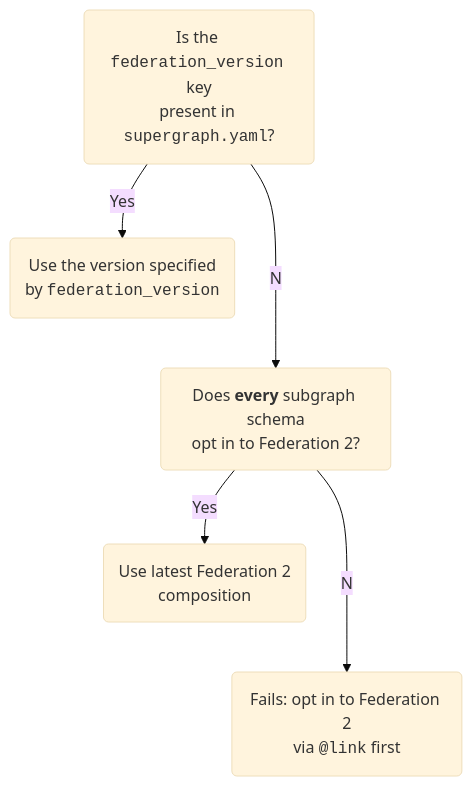
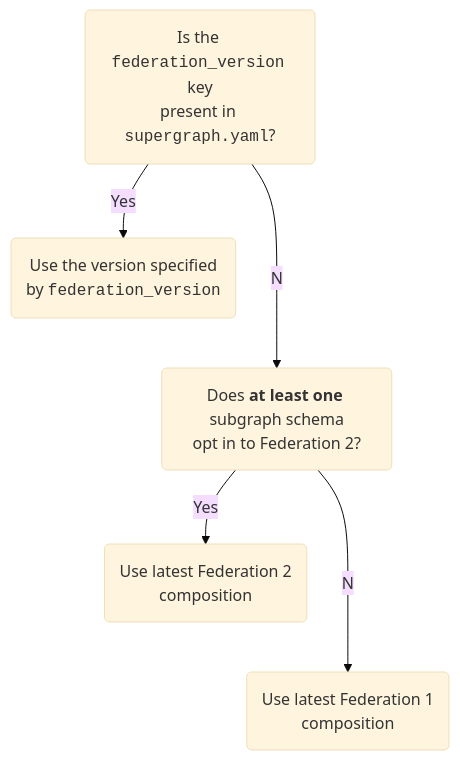
One commit to apollographql/rover changed the second of 2 diagrams in docs/source/commands/supergraphs.mdx. Above: the diagram before and after it, drawn with Mermaid (base theme). The commit also changed other lines of this file and 3 other files, not shown here.

````diff
--- a/docs/source/commands/supergraphs.mdx
+++ b/docs/source/commands/supergraphs.mdx
@@ -203,9 +201,9 @@
 ```mermaid
 flowchart TB;
   version("Is the <code>federation_version</code> key<br/>present in <code>supergraph.yaml</code>?");
-  version--No-->optin("Does <strong>every</strong> subgraph schema<br/>opt in to Federation 2?");
+  version--No-->optin("Does <strong>at least one</strong> subgraph schema<br/>opt in to Federation 2?");
   version--Yes-->usesetting("Use the version specified<br/>by <code>federation_version</code>");
-  optin--No-->fed1err("Fails: opt in to Federation 2<br/>via <code>@link</code> first");
+  optin--No-->fed1("Use latest Federation 1<br/>composition");
   optin--Yes-->fed2("Use latest Federation 2<br/>composition");
-  class usesetting,fed1err,fed2 tertiary;
+  class usesetting,fed1,fed2 tertiary;
 ```
````
